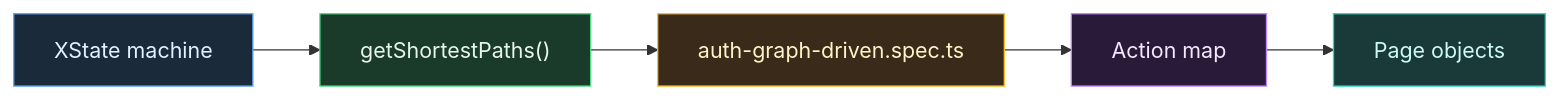
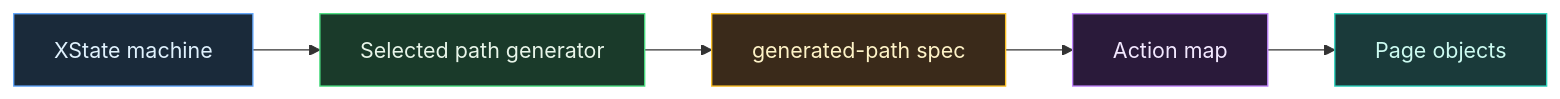
The first of 3 diagrams in README.md (AlexGrisin/rnd-graph-based-e2e), drawn with Mermaid before and after one commit. The commit also changed other lines of this file and 21 other files, not shown here.

````diff
--- a/README.md
+++ b/README.md
@@ -14,16 +14,16 @@
 ```mermaid
 flowchart LR
     M["XState machine"]
-    G["getShortestPaths()"]
-    S["auth-graph-driven.spec.ts"]
+    G["Selected path generator"]
+    S["generated-path spec"]
     A["Action map"]
     P["Page objects"]
     M --> G --> S
     S --> A --> P
 
     style M fill:#1a2a3a,stroke:#60a5fa,color:#e0f2fe
     style G fill:#1a3a2a,stroke:#4ade80,color:#e8f5e9
     style S fill:#3a2a1a,stroke:#fbbf24,color:#fef3c7
     style A fill:#2a1a3a,stroke:#c084fc,color:#f3e8ff
     style P fill:#1a3a3a,stroke:#2dd4bf,color:#ccfbf1
 ```
````
